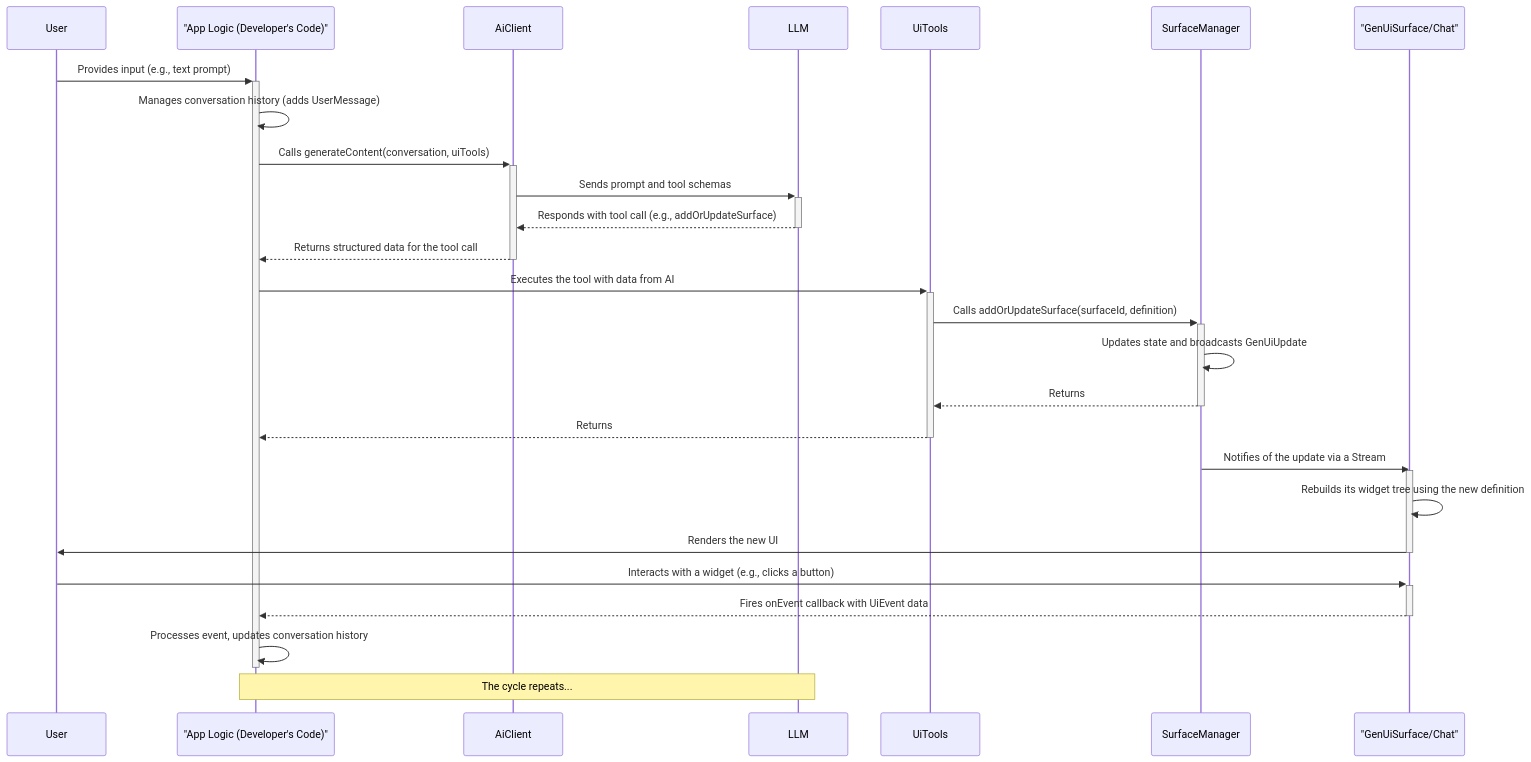
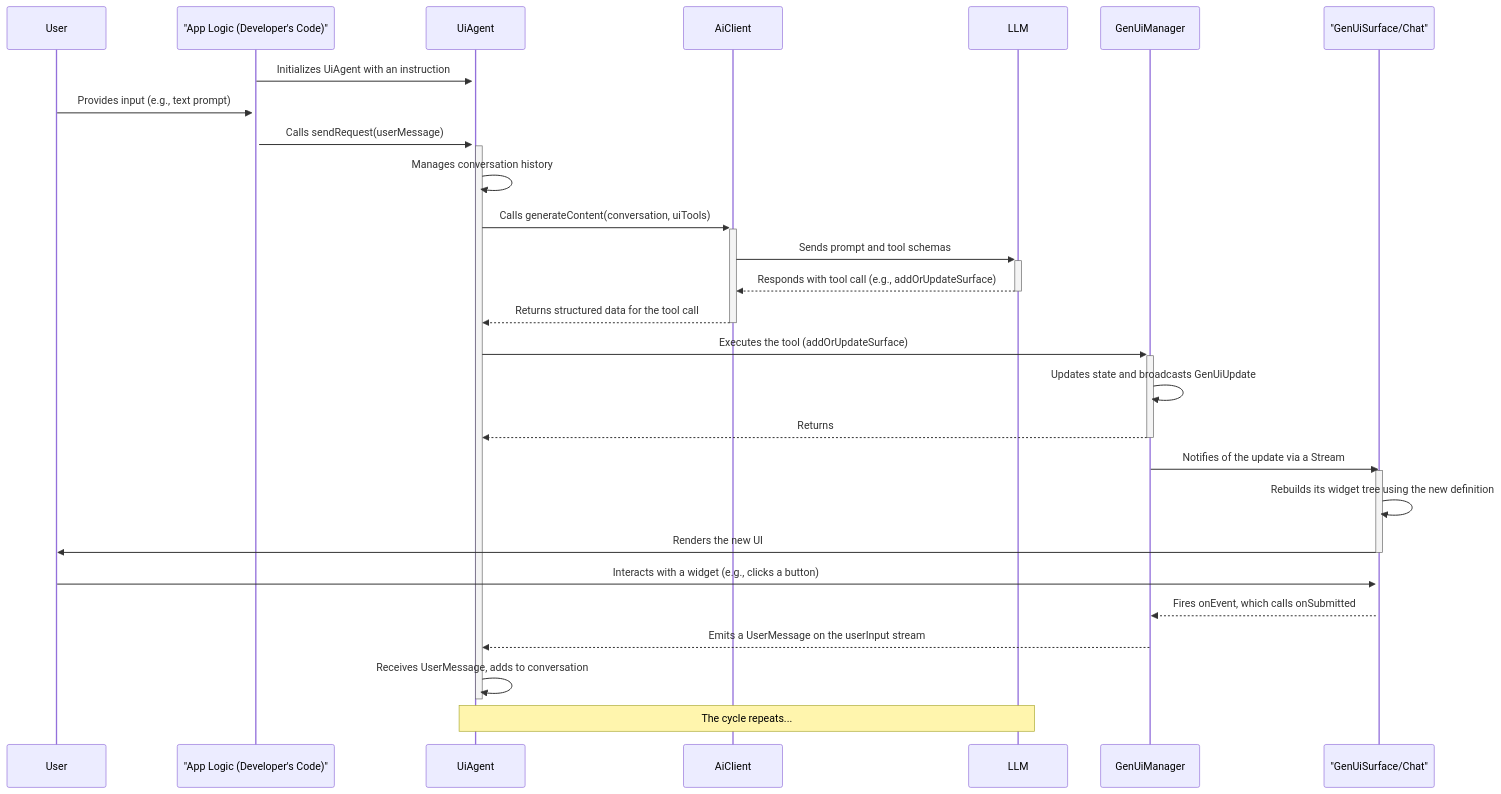
Before and after one commit to sethladd/genui: the second of 2 diagrams in packages/flutter_genui/IMPLEMENTATION.md, drawn with Mermaid. The commit also changed other lines of this file and 10 other files, not shown here.

````diff
--- a/packages/flutter_genui/IMPLEMENTATION.md
+++ b/packages/flutter_genui/IMPLEMENTATION.md
@@ -99,37 +95,39 @@
 ```mermaid
 sequenceDiagram
     participant User
     participant AppLogic as "App Logic (Developer's Code)"
+    participant UiAgent
     participant AiClient
     participant LLM
-    participant UiTools
-    participant SurfaceManager
+    participant GenUiManager
     participant GenUiSurface as "GenUiSurface/Chat"
 
+    AppLogic->>+UiAgent: Initializes UiAgent with an instruction
+    
     User->>+AppLogic: Provides input (e.g., text prompt)
-    AppLogic->>AppLogic: Manages conversation history (adds UserMessage)
-    AppLogic->>+AiClient: Calls generateContent(conversation, uiTools)
+    AppLogic->>+UiAgent: Calls sendRequest(userMessage)
+    UiAgent->>UiAgent: Manages conversation history
+    UiAgent->>+AiClient: Calls generateContent(conversation, uiTools)
     AiClient->>+LLM: Sends prompt and tool schemas
     LLM-->>-AiClient: Responds with tool call (e.g., addOrUpdateSurface)
-    AiClient-->>-AppLogic: Returns structured data for the tool call
+    AiClient-->>-UiAgent: Returns structured data for the tool call
 
-    AppLogic->>+UiTools: Executes the tool with data from AI
-    UiTools->>+SurfaceManager: Calls addOrUpdateSurface(surfaceId, definition)
-    SurfaceManager->>SurfaceManager: Updates state and broadcasts GenUiUpdate
-    SurfaceManager-->>-UiTools: Returns
-    UiTools-->>-AppLogic: Returns
+    UiAgent->>+GenUiManager: Executes the tool (addOrUpdateSurface)
+    GenUiManager->>GenUiManager: Updates state and broadcasts GenUiUpdate
+    GenUiManager-->>-UiAgent: Returns
 
     %% The UI updates asynchronously based on the stream
-    SurfaceManager->>GenUiSurface: Notifies of the update via a Stream
+    GenUiManager->>GenUiSurface: Notifies of the update via a Stream
     activate GenUiSurface
     GenUiSurface->>GenUiSurface: Rebuilds its widget tree using the new definition
     GenUiSurface->>User: Renders the new UI
     deactivate GenUiSurface
 
     %% Later, the user interacts
     User->>+GenUiSurface: Interacts with a widget (e.g., clicks a button)
-    GenUiSurface-->>-AppLogic: Fires onEvent callback with UiEvent data
-    AppLogic->>AppLogic: Processes event, updates conversation history
-    deactivate AppLogic
-    Note over AppLogic, LLM: The cycle repeats...
+    GenUiSurface-->>GenUiManager: Fires onEvent, which calls onSubmitted
+    GenUiManager-->>UiAgent: Emits a UserMessage on the userInput stream
+    UiAgent->>UiAgent: Receives UserMessage, adds to conversation
+    deactivate UiAgent
+    Note over UiAgent, LLM: The cycle repeats...
 ```
````
